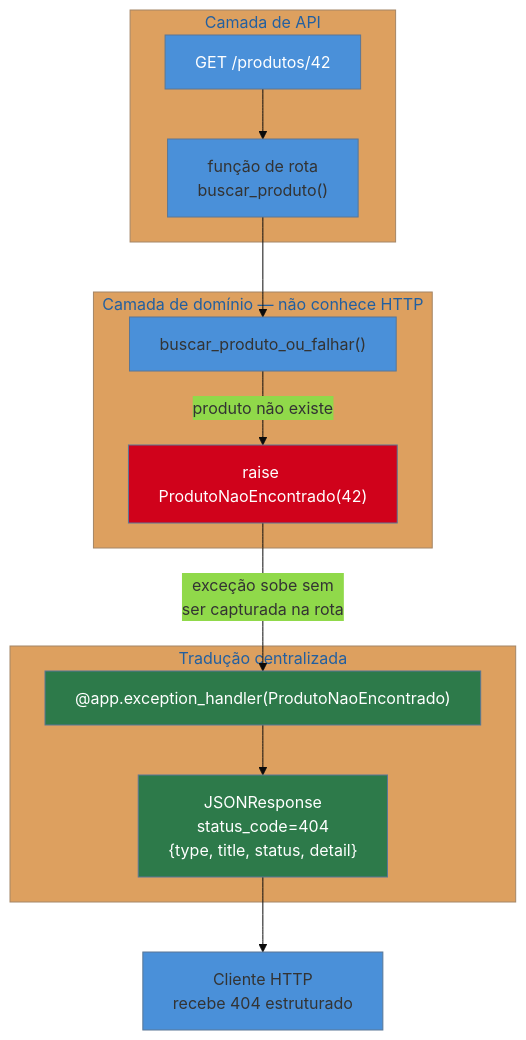
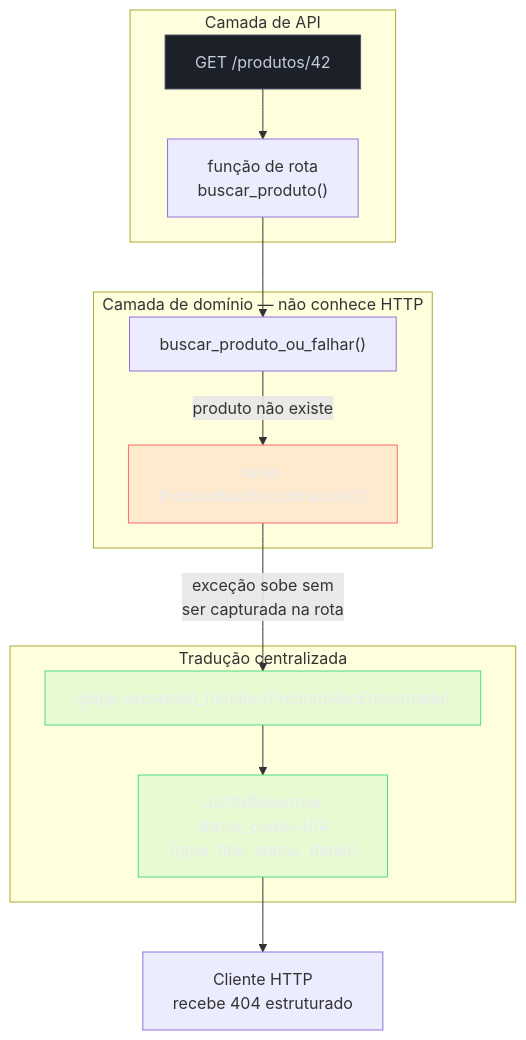
One commit to josenaldo/codex-technomanticus changed the diagram in 03-Dominios/Tecnologia/Python/Web e APIs REST/06 - Tratamento de erros e respostas HTTP padronizadas.md. Above: the diagram before and after it, drawn with Mermaid. The commit also changed 1181 other files, not shown here.

First line of the commit message:
fix(diagramas): paleta do sistema no lugar de cor cravada no markdown

````diff
--- a/03-Dominios/Tecnologia/Python/Web e APIs REST/06 - Tratamento de erros e respostas HTTP padronizadas.md
+++ b/03-Dominios/Tecnologia/Python/Web e APIs REST/06 - Tratamento de erros e respostas HTTP padronizadas.md
@@ -202,28 +202,30 @@
 ```mermaid
-%%{init: {"theme": "base", "themeVariables": {"primaryColor": "#4A90D9"}}}%%
 flowchart TB
+    classDef neutro fill:#1B2029,stroke:#4E5666,color:#C6CCD8
+    classDef falha fill:#FF6B6B24,stroke:#FF6B6B,color:#E9ECF2
+    classDef ok fill:#4ADE8021,stroke:#4ADE80,color:#E9ECF2
     subgraph Rota["Camada de API"]
         REQ["GET /produtos/42"] --> HANDLER["função de rota\nbuscar_produto()"]
     end
 
     subgraph Dominio["Camada de domínio — não conhece HTTP"]
         SERVICO["buscar_produto_ou_falhar()"]
         EXC["raise ProdutoNaoEncontrado(42)"]
     end
 
     subgraph Traducao["Tradução centralizada"]
         EH["@app.exception_handler(ProdutoNaoEncontrado)"]
         RESP["JSONResponse\nstatus_code=404\n{type, title, status, detail}"]
     end
 
     HANDLER --> SERVICO
     SERVICO -->|"produto não existe"| EXC
     EXC -->|"exceção sobe sem\nser capturada na rota"| EH
     EH --> RESP
     RESP --> CLIENTE["Cliente HTTP\nrecebe 404 estruturado"]
 
-    style REQ fill:#4A90D9,color:#fff
-    style EXC fill:#D0021B,color:#fff
-    style EH fill:#2d7a4a,color:#fff
-    style RESP fill:#2d7a4a,color:#fff
+    class REQ neutro
+    class EXC falha
+    class EH ok
+    class RESP ok
 ```
````
